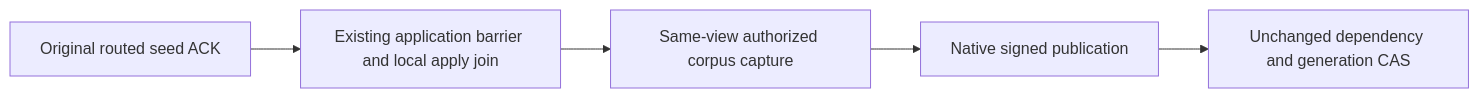
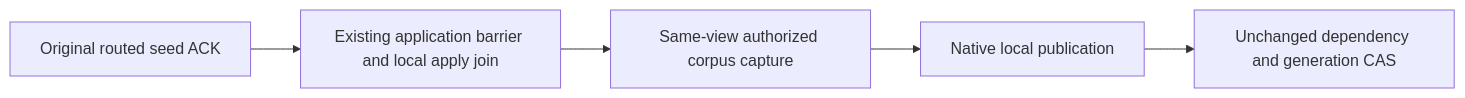
The second of 3 diagrams in docs/Features/Search/Bm25CorpusCurrent.md (managedcode/KeyLoad), drawn with Mermaid before and after one commit. The commit also changed other lines of this file and 1094 other files, not shown here.

````diff
--- a/docs/Features/Search/Bm25CorpusCurrent.md
+++ b/docs/Features/Search/Bm25CorpusCurrent.md
@@ -80,7 +80,7 @@
 ```mermaid
 flowchart LR
   A[Original routed seed ACK] --> B[Existing application barrier and local apply join]
   B --> C[Same-view authorized corpus capture]
-  C --> D[Native signed publication]
+  C --> D[Native local publication]
   D --> E[Unchanged dependency and generation CAS]
 ```
````
